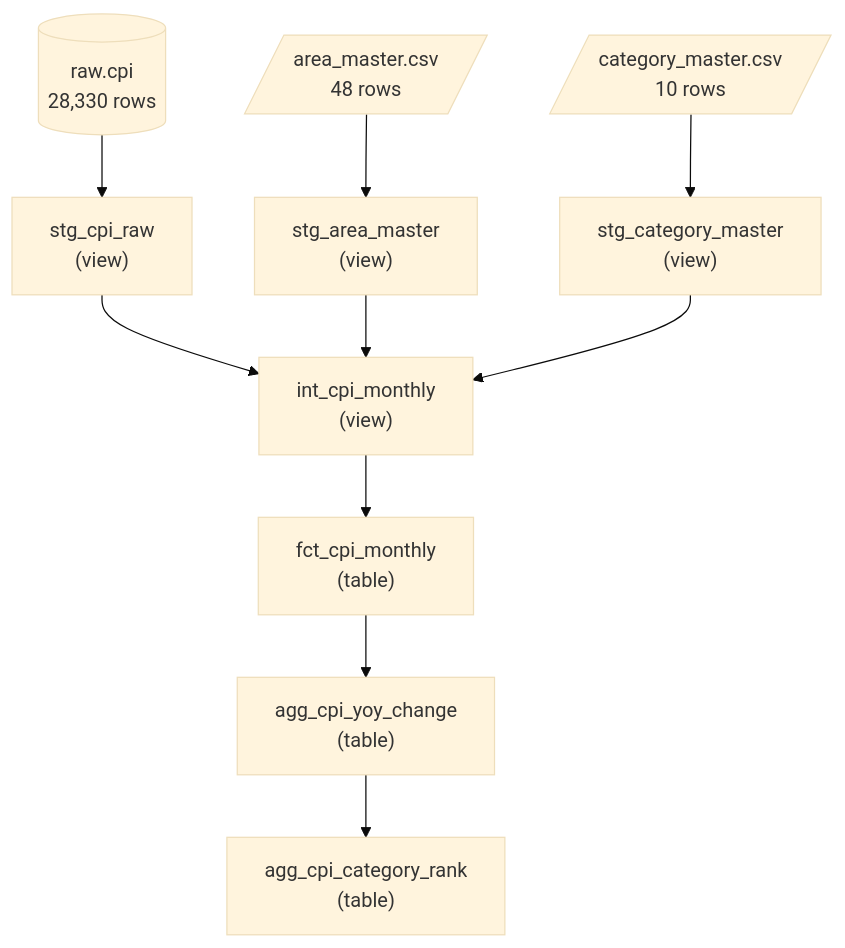
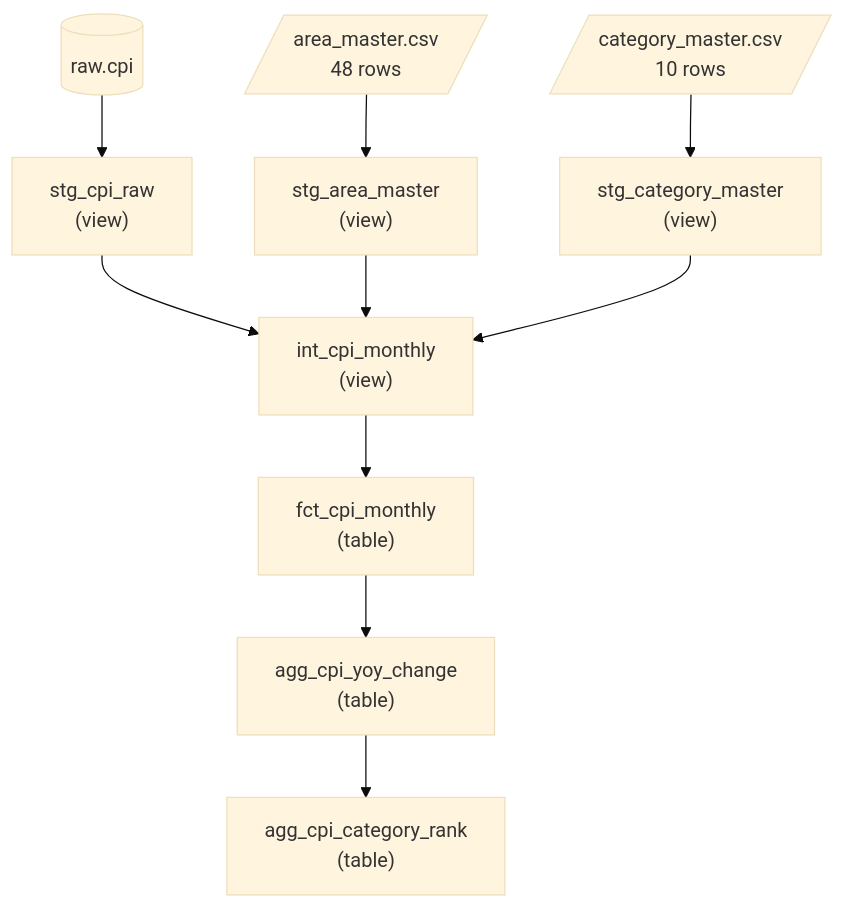
The second of 3 diagrams in docs/architecture.md (d-kajiya/jp-stats-elt), drawn with Mermaid (base theme) before and after one commit.

Commit message:
docs(architecture): drop the row count from the lineage diagram
The raw.cpi node carried 28,330 rows, which was accurate when the diagram was written in Week 7 and wrong by Week 8 — a re-extraction filled earlier gaps and added a month, bringing the table to 29,280. Any absolute count written into a diagram of a table that grows on every run is wrong by the next run, so the number is removed rather than corrected.

The seed counts stay. 48 areas and 10 categories describe the grain of the dataset, not its current state, and they are fixed by the source definition.

````diff
--- a/docs/architecture.md
+++ b/docs/architecture.md
@@ -55,26 +55,26 @@
 ```mermaid
 flowchart TD
-    src[("raw.cpi<br/>28,330 rows")]
+    src[("raw.cpi")]
     seed1[/"area_master.csv<br/>48 rows"/]
     seed2[/"category_master.csv<br/>10 rows"/]
 
     stg1["stg_cpi_raw<br/>(view)"]
     stg2["stg_area_master<br/>(view)"]
     stg3["stg_category_master<br/>(view)"]
 
     int["int_cpi_monthly<br/>(view)"]
 
     fct["fct_cpi_monthly<br/>(table)"]
     yoy["agg_cpi_yoy_change<br/>(table)"]
     rank["agg_cpi_category_rank<br/>(table)"]
 
     src --> stg1
     seed1 --> stg2
     seed2 --> stg3
     stg1 --> int
     stg2 --> int
     stg3 --> int
     int --> fct
     fct --> yoy
     yoy --> rank
 ```
````
